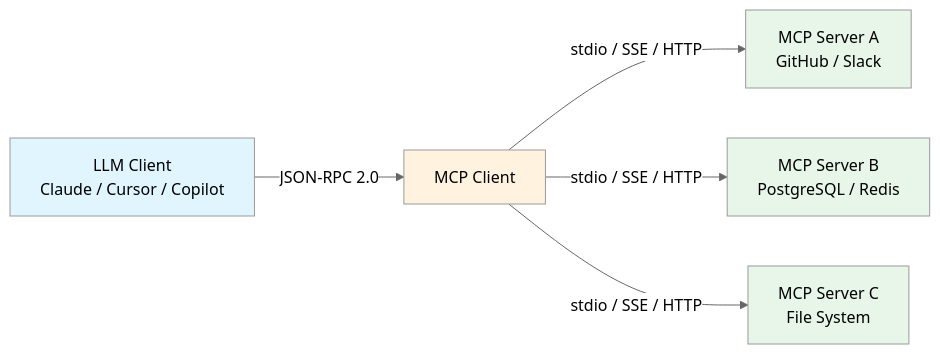
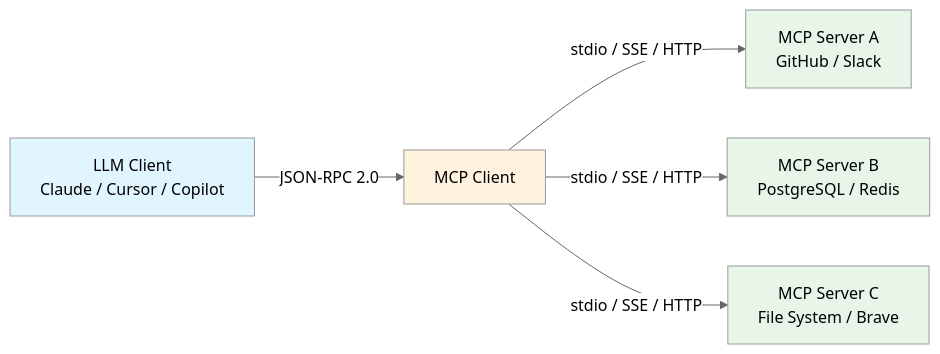
Before and after one commit to AdaMartin18010/JavaScriptTypeScript: the first of 4 diagrams in docs/categories/28-ai-agent-infrastructure.md, drawn with Mermaid (neutral theme). The commit also changed other lines of this file and 18 other files, not shown here.

````diff
--- a/docs/categories/28-ai-agent-infrastructure.md
+++ b/docs/categories/28-ai-agent-infrastructure.md
@@ -50,13 +81,13 @@
 ```mermaid
 flowchart LR
     A[LLM Client<br/>Claude / Cursor / Copilot] -->|JSON-RPC 2.0| B[MCP Client]
     B -->|stdio / SSE / HTTP| C[MCP Server A<br/>GitHub / Slack]
     B -->|stdio / SSE / HTTP| D[MCP Server B<br/>PostgreSQL / Redis]
-    B -->|stdio / SSE / HTTP| E[MCP Server C<br/>File System]
+    B -->|stdio / SSE / HTTP| E[MCP Server C<br/>File System / Brave]
 
     style A fill:#e1f5fe
     style B fill:#fff3e0
     style C fill:#e8f5e9
     style D fill:#e8f5e9
     style E fill:#e8f5e9
 ```
````
